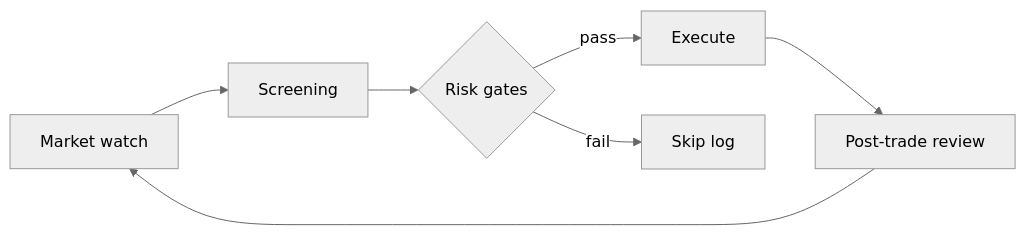
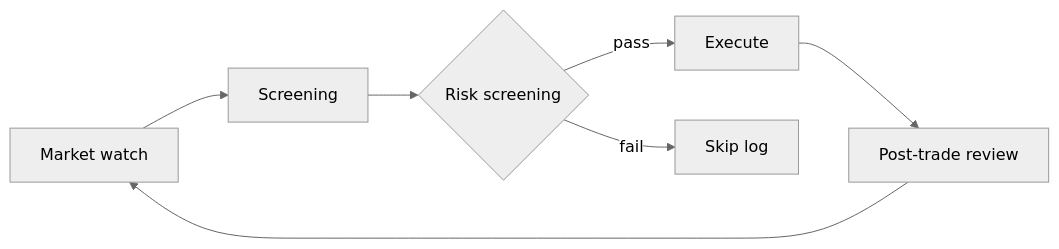
Before and after one commit to idekire-oss/holy-grail-automated-trading-docs: the fourth of 6 diagrams in PROCESS_FLOW.md, drawn with Mermaid (neutral theme). The commit also changed other lines of this file and 4 other files, not shown here.

````diff
--- a/PROCESS_FLOW.md
+++ b/PROCESS_FLOW.md
@@ -66,9 +66,9 @@
 ```mermaid
 flowchart LR
   SCAN[Market watch] --> FILTER[Screening]
-  FILTER --> GATE{Risk gates}
-  GATE -->|pass| EXEC[Execute]
-  GATE -->|fail| LOG[Skip log]
+  FILTER --> RS{Risk screening}
+  RS -->|pass| EXEC[Execute]
+  RS -->|fail| LOG[Skip log]
   EXEC --> POST[Post-trade review]
   POST --> SCAN
 ```
````
